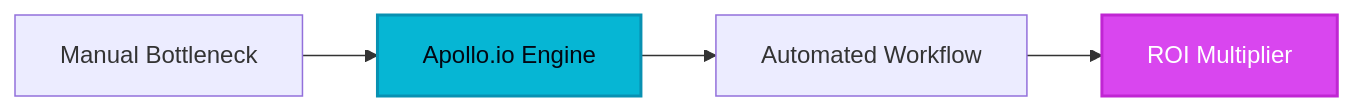
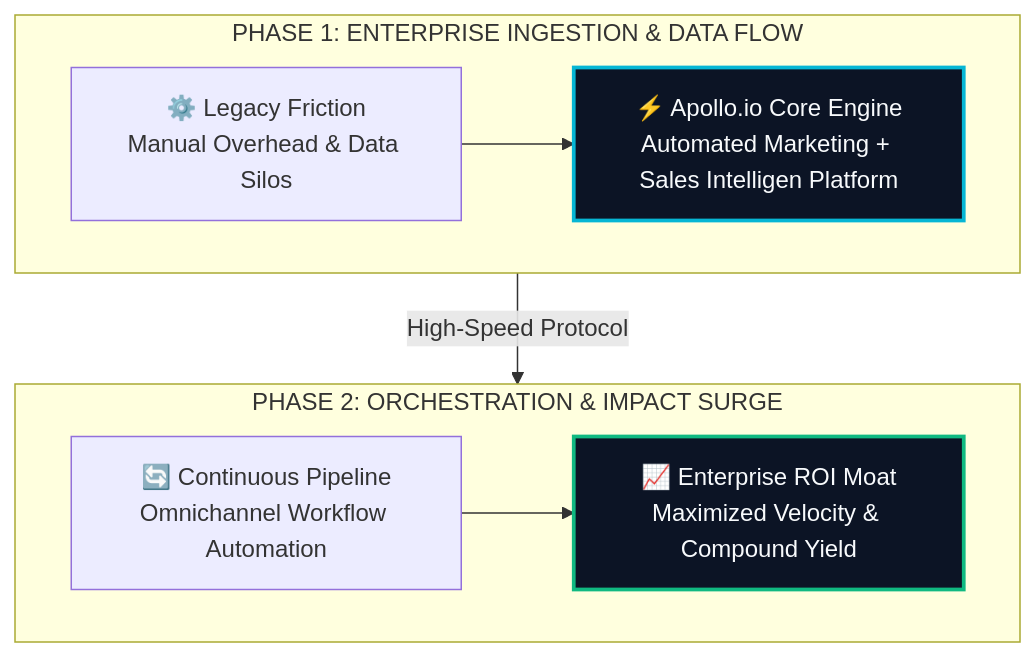
The diagram in site/src/content/blog/apollo-io-evolution-guide-2026.md (heliatech-media/saas-radar), drawn with Mermaid before and after one commit. The commit also changed 97 other files, not shown here.

First line of the commit message:
feat(diagrams): upgrade all article architecture schemas to high-impact 2-tier responsive vector blueprints

````diff
--- a/site/src/content/blog/apollo-io-evolution-guide-2026.md
+++ b/site/src/content/blog/apollo-io-evolution-guide-2026.md
@@ -52,8 +52,14 @@
 ```mermaid
-flowchart LR
-    A[Manual Bottleneck] --> B[Apollo.io Engine]
-    B --> C[Automated Workflow]
-    C --> D[ROI Multiplier]
-    style B fill:#06b6d4,stroke:#0891b2,stroke-width:2px,color:#030712
-    style D fill:#d946ef,stroke:#c026d3,stroke-width:2px,color:#ffffff
+flowchart TD
+    subgraph S1["PHASE 1: ENTERPRISE INGESTION & DATA FLOW"]
+        direction LR
+        A["⚙️ Legacy Friction<br/>Manual Overhead & Data Silos"] --> B["⚡ Apollo.io Core Engine<br/>Automated Marketing + Sales Intelligen Platform"]
+    end
+    subgraph S2["PHASE 2: ORCHESTRATION & IMPACT SURGE"]
+        direction LR
+        C["🔄 Continuous Pipeline<br/>Omnichannel Workflow Automation"] --> D["📈 Enterprise ROI Moat<br/>Maximized Velocity & Compound Yield"]
+    end
+    S1 -->|High-Speed Protocol| S2
+    style B fill:#0c1425,stroke:#06b6d4,stroke-width:2.5px,color:#f8fafc
+    style D fill:#0c1425,stroke:#10b981,stroke-width:2.5px,color:#f8fafc
 ```
````
